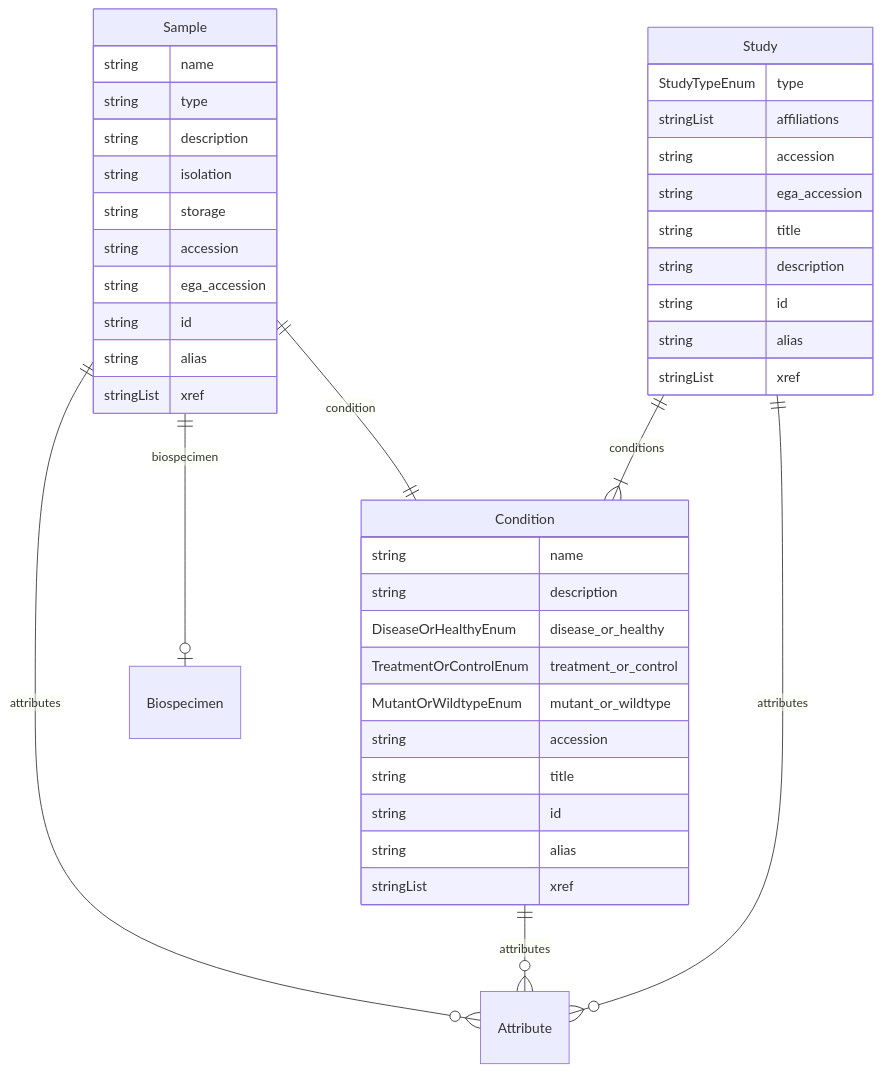
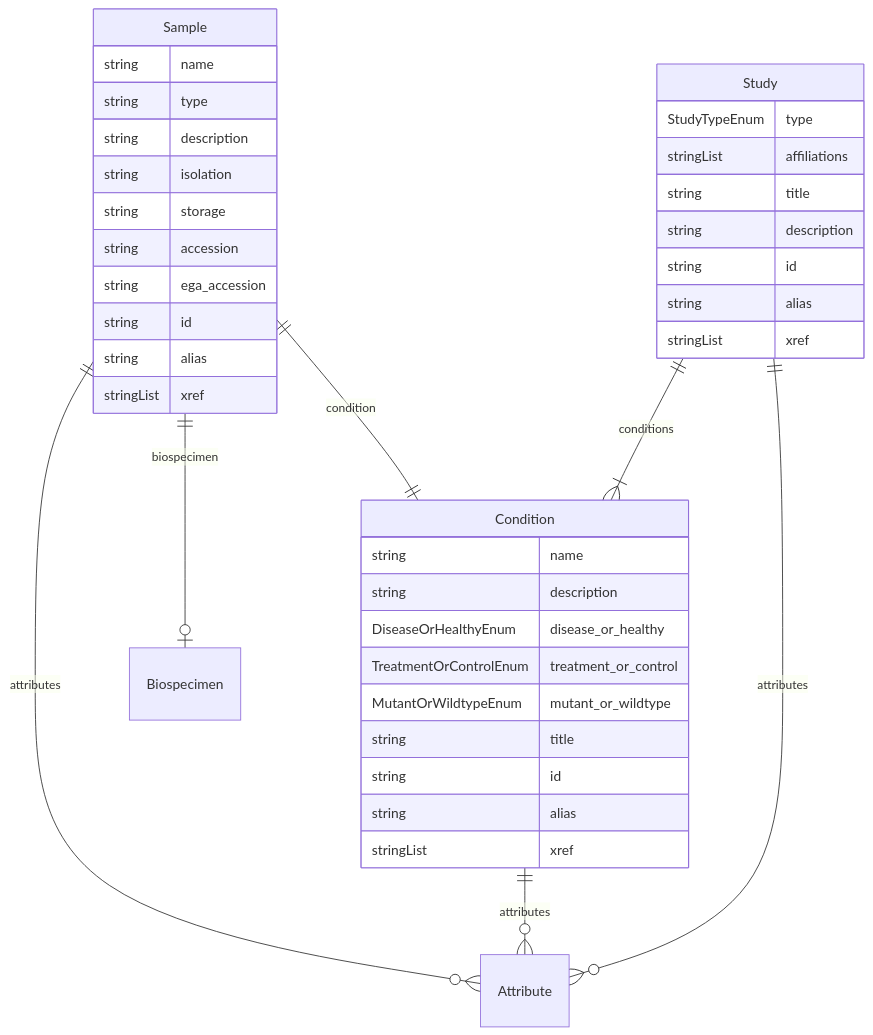
Before and after one commit to ghga-de/ghga-metadata-schema: the seventh of 7 diagrams in docs/entity_relations.md, drawn with Mermaid. The commit also changed other lines of this file and 42 other files, not shown here.

````diff
--- a/docs/entity_relations.md
+++ b/docs/entity_relations.md
@@ -359,46 +355,43 @@
 ```mermaid
 erDiagram
 Sample {
     string name  
     string type  
     string description  
     string isolation  
     string storage  
     string accession  
     string ega_accession  
     string id  
     string alias  
     stringList xref  
 }
 Condition {
     string name  
     string description  
     DiseaseOrHealthyEnum disease_or_healthy  
     TreatmentOrControlEnum treatment_or_control  
     MutantOrWildtypeEnum mutant_or_wildtype  
-    string accession  
     string title  
     string id  
     string alias  
     stringList xref  
 }
 Study {
     StudyTypeEnum type  
     stringList affiliations  
-    string accession  
-    string ega_accession  
     string title  
     string description  
     string id  
     string alias  
     stringList xref  
 }
 
 Sample ||--|o Biospecimen : "biospecimen"
 Sample ||--|| Condition : "condition"
 Sample ||--}o Attribute : "attributes"
 Condition ||--}o Attribute : "attributes"
 Study ||--}| Condition : "conditions"
 Study ||--}o Attribute : "attributes"
 
 ```
````
